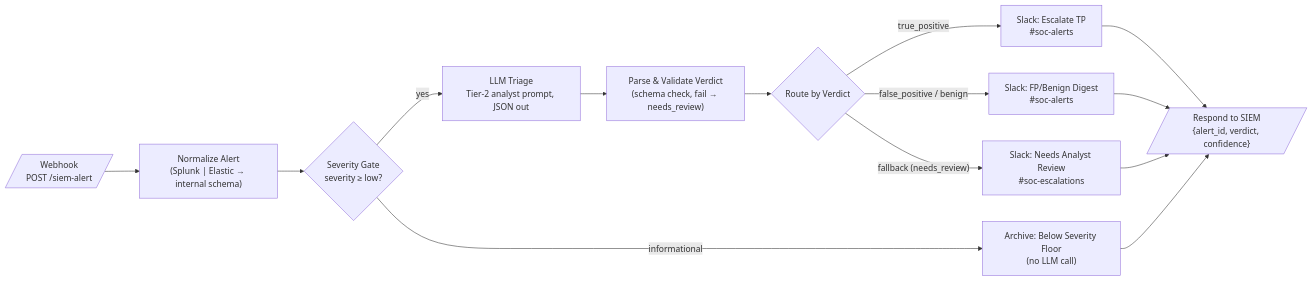
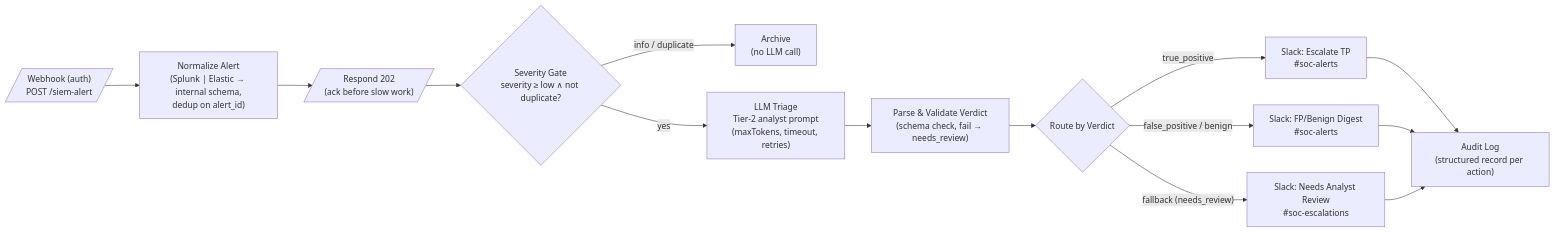
The diagram in workflows/01-alert-triage-llm/diagram.md (yatuk/soc-n8n-workflows), drawn with Mermaid before and after one commit. The commit also changed 26 other files, not shown here.

First line of the commit message:
feat: security audit hardening pass + agentic triage agent + global error handler

````diff
--- a/workflows/01-alert-triage-llm/diagram.md
+++ b/workflows/01-alert-triage-llm/diagram.md
@@ -3,16 +3,16 @@
 ```mermaid
 flowchart LR
-    A[/"Webhook<br/>POST /siem-alert"/] --> B["Normalize Alert<br/>(Splunk | Elastic → internal schema)"]
-    B --> C{"Severity Gate<br/>severity ≥ low?"}
-    C -- "informational" --> H["Archive: Below Severity Floor<br/>(no LLM call)"]
-    C -- "yes" --> D["LLM Triage<br/>Tier-2 analyst prompt, JSON out"]
+    A[/"Webhook (auth)<br/>POST /siem-alert"/] --> B["Normalize Alert<br/>(Splunk | Elastic → internal schema,<br/>dedup on alert_id)"]
+    B --> R[/"Respond 202<br/>(ack before slow work)"/]
+    R --> C{"Severity Gate<br/>severity ≥ low ∧ not duplicate?"}
+    C -- "info / duplicate" --> H["Archive<br/>(no LLM call)"]
+    C -- "yes" --> D["LLM Triage<br/>Tier-2 analyst prompt<br/>(maxTokens, timeout, retries)"]
     D --> E["Parse & Validate Verdict<br/>(schema check, fail → needs_review)"]
     E --> F{"Route by Verdict"}
     F -- "true_positive" --> G1["Slack: Escalate TP<br/>#soc-alerts"]
     F -- "false_positive / benign" --> G2["Slack: FP/Benign Digest<br/>#soc-alerts"]
     F -- "fallback (needs_review)" --> G3["Slack: Needs Analyst Review<br/>#soc-escalations"]
-    G1 --> R[/"Respond to SIEM<br/>{alert_id, verdict, confidence}"/]
-    G2 --> R
-    G3 --> R
-    H --> R
+    G1 --> L["Audit Log<br/>(structured record per action)"]
+    G2 --> L
+    G3 --> L
 ```
````
